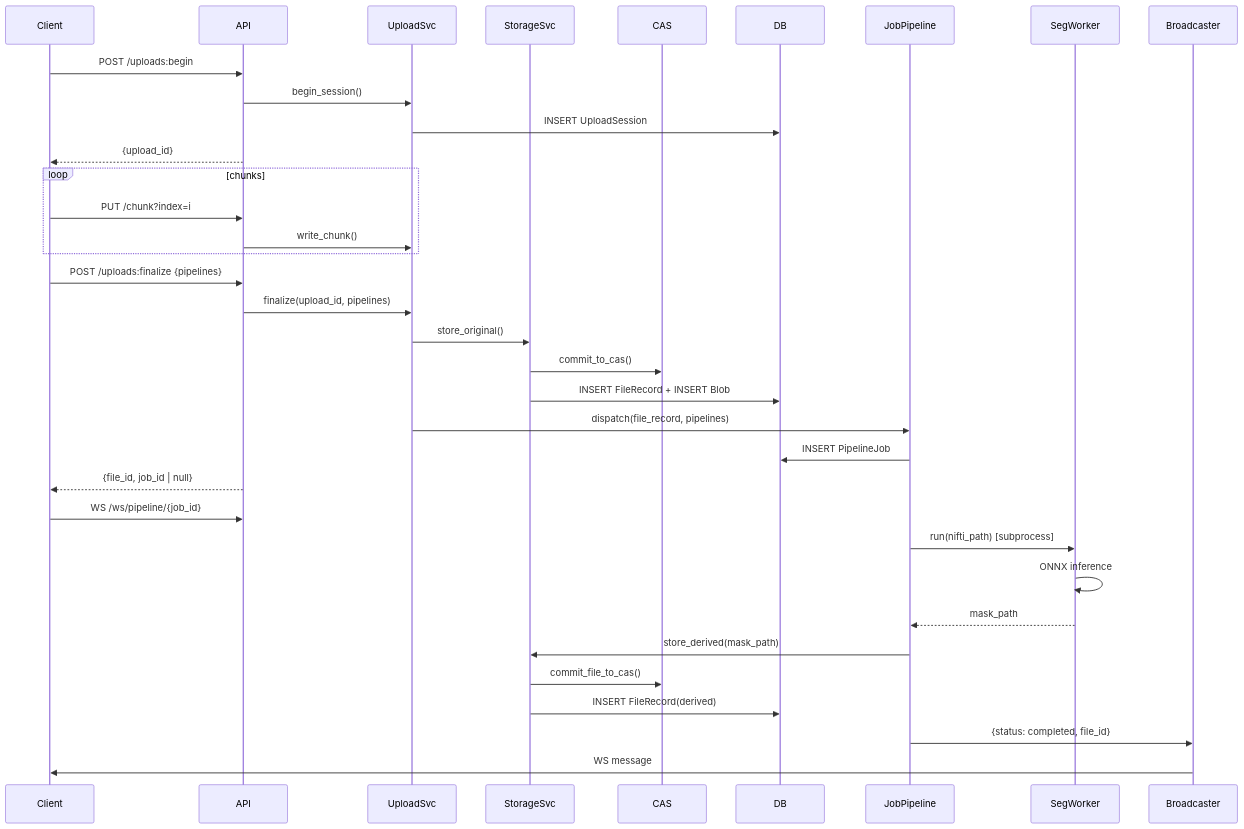
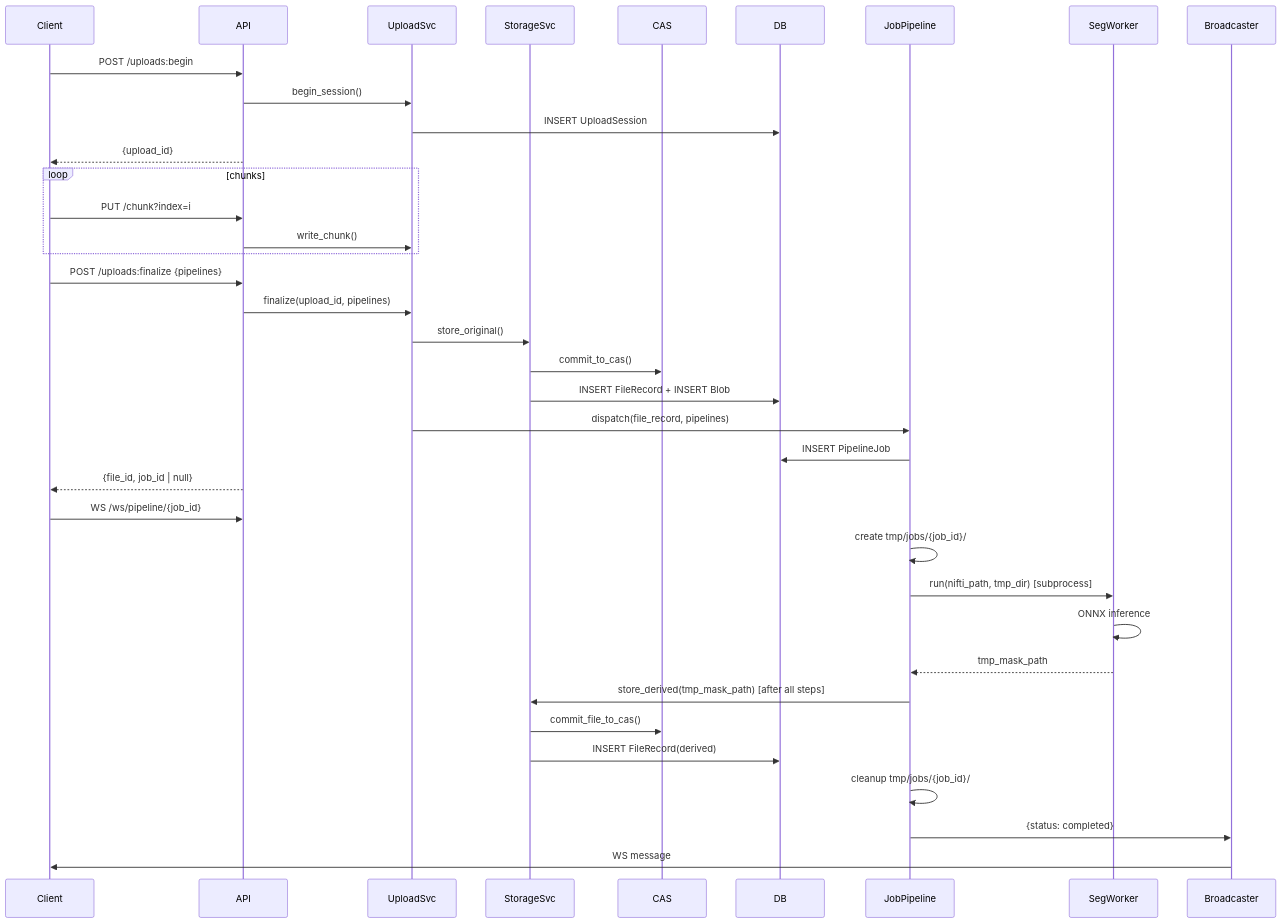
One commit to pFornagiel/toothviz changed the third of 5 diagrams in plans/architecture_reference.md. Above: the diagram before and after it, drawn with Mermaid. The commit also changed other lines of this file and 2 other files, not shown here.

````diff
--- a/plans/architecture_reference.md
+++ b/plans/architecture_reference.md
@@ -584,42 +598,44 @@
 ```mermaid
 sequenceDiagram
     participant Client
     participant API
     participant UploadSvc
     participant StorageSvc
     participant CAS
     participant DB
     participant JobPipeline
     participant SegWorker
     participant Broadcaster
     
     Client->>API: POST /uploads:begin
     API->>UploadSvc: begin_session()
     UploadSvc->>DB: INSERT UploadSession
     API-->>Client: {upload_id}
     
     loop chunks
         Client->>API: PUT /chunk?index=i
         API->>UploadSvc: write_chunk()
     end
     
     Client->>API: POST /uploads:finalize {pipelines}
     API->>UploadSvc: finalize(upload_id, pipelines)
     UploadSvc->>StorageSvc: store_original()
     StorageSvc->>CAS: commit_to_cas()
     StorageSvc->>DB: INSERT FileRecord + INSERT Blob
     UploadSvc->>JobPipeline: dispatch(file_record, pipelines)
     JobPipeline->>DB: INSERT PipelineJob
     API-->>Client: {file_id, job_id | null}
     
     Client->>API: WS /ws/pipeline/{job_id}
     
-    JobPipeline->>SegWorker: run(nifti_path) [subprocess]
+    JobPipeline->>JobPipeline: create tmp/jobs/{job_id}/
+    JobPipeline->>SegWorker: run(nifti_path, tmp_dir) [subprocess]
     SegWorker->>SegWorker: ONNX inference
-    SegWorker-->>JobPipeline: mask_path
-    JobPipeline->>StorageSvc: store_derived(mask_path)
+    SegWorker-->>JobPipeline: tmp_mask_path
+    JobPipeline->>StorageSvc: store_derived(tmp_mask_path) [after all steps]
     StorageSvc->>CAS: commit_file_to_cas()
     StorageSvc->>DB: INSERT FileRecord(derived)
-    JobPipeline->>Broadcaster: {status: completed, file_id}
+    JobPipeline->>JobPipeline: cleanup tmp/jobs/{job_id}/
+    JobPipeline->>Broadcaster: {status: completed}
     Broadcaster->>Client: WS message
 ```
````
